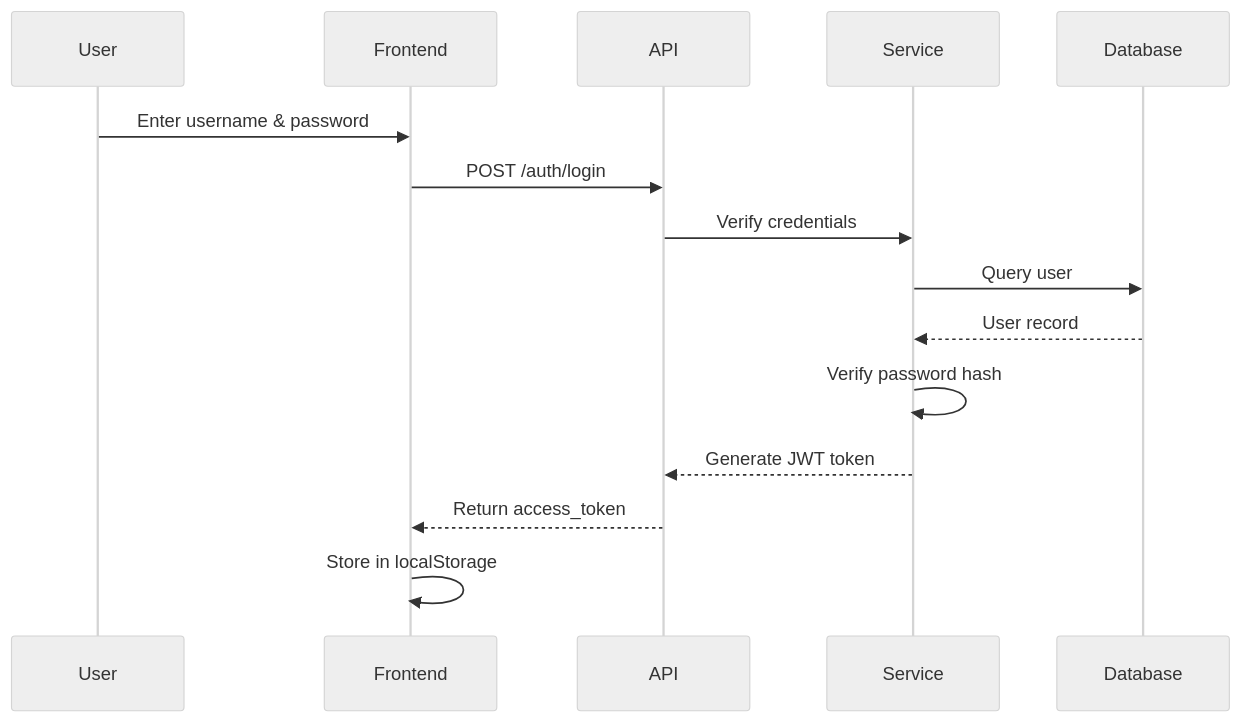
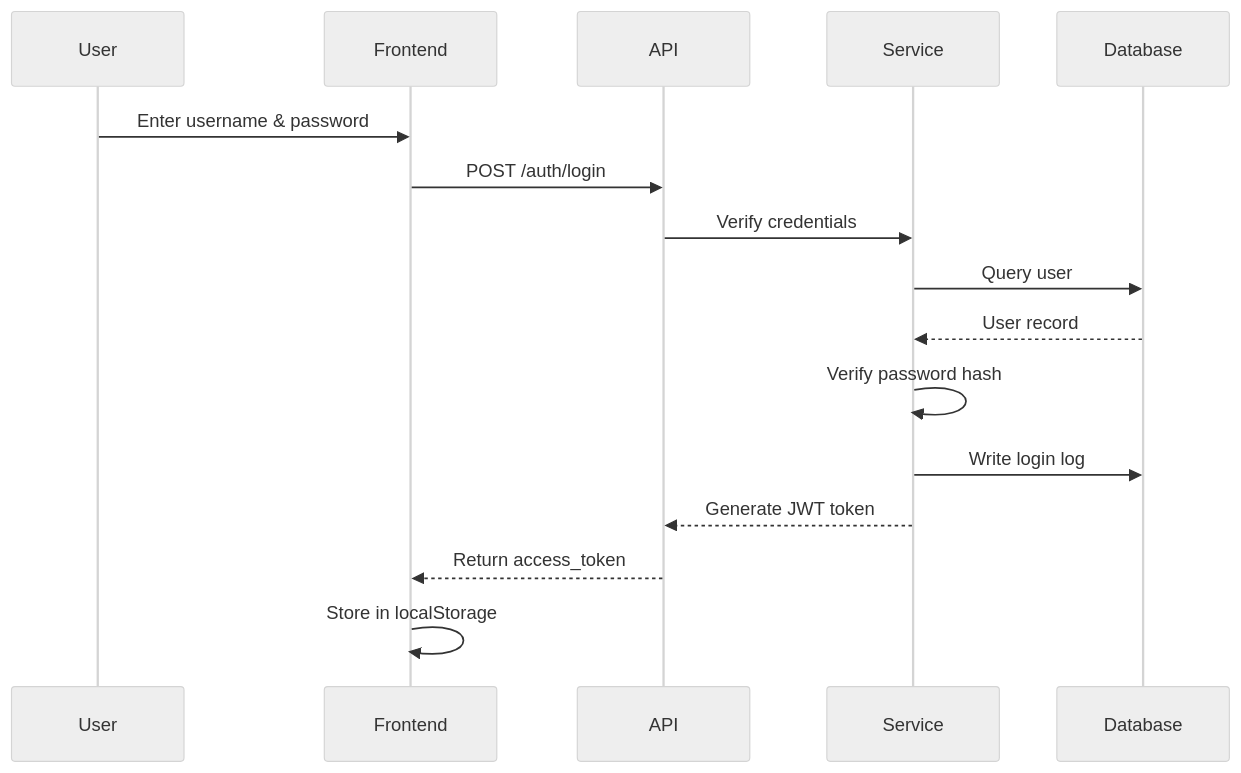
One commit to cross-lang/x-HanJiang changed the second of 3 diagrams in README.en.md. Above: the diagram before and after it, drawn with Mermaid (neutral theme). The commit also changed other lines of this file and 5 other files, not shown here.

````diff
--- a/README.en.md
+++ b/README.en.md
@@ -102,18 +106,19 @@
 ```mermaid
 sequenceDiagram
     participant U as User
     participant F as Frontend
     participant A as API
     participant S as Service
     participant DB as Database
 
     U->>F: Enter username & password
     F->>A: POST /auth/login
     A->>S: Verify credentials
     S->>DB: Query user
     DB-->>S: User record
     S->>S: Verify password hash
+    S->>DB: Write login log
     S-->>A: Generate JWT token
     A-->>F: Return access_token
     F->>F: Store in localStorage
 ```
````
